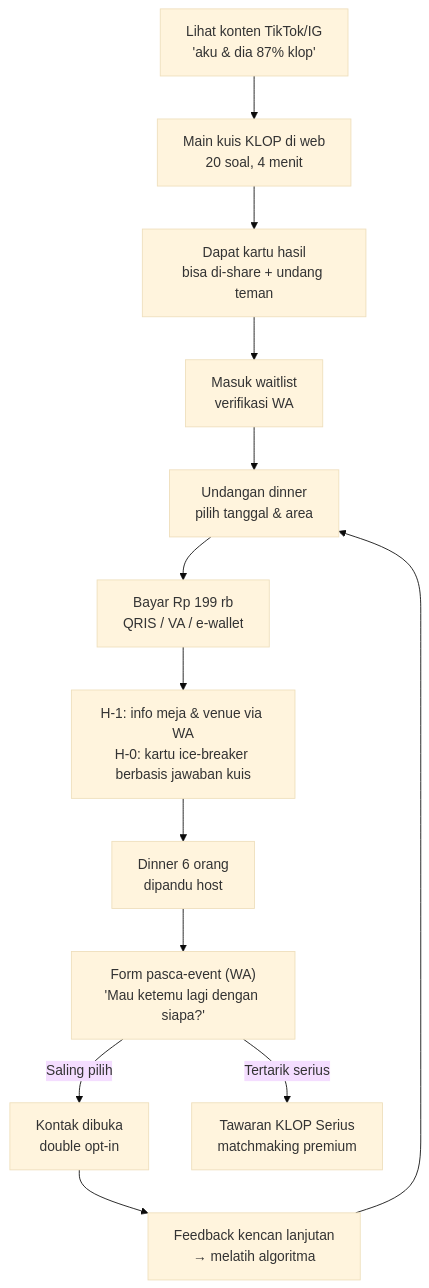
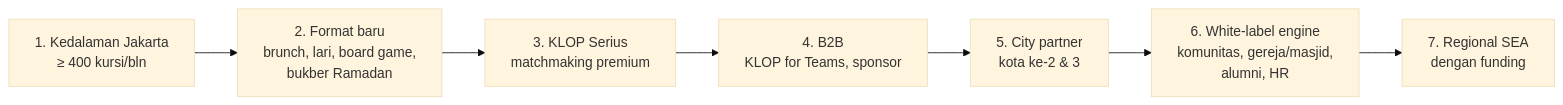
Before and after one commit to Sky8701/Dating-Apps-Plan: the second of 2 diagrams in PIVOT_PLAN.md, drawn with Mermaid (base theme). The commit also changed other lines of this file and 2 other files, not shown here.

First line of the commit message:
Revise KLOP blueprint to v2 (lean-first)

````diff
--- a/PIVOT_PLAN.md
+++ b/PIVOT_PLAN.md
@@ -94,15 +295,9 @@
 ```mermaid
-flowchart TD
-    A[Lihat konten TikTok/IG<br/>'aku & dia 87% klop'] --> B[Main kuis KLOP di web<br/>20 soal, 4 menit]
-    B --> C[Dapat kartu hasil<br/>bisa di-share + undang teman]
-    C --> D[Masuk waitlist<br/>verifikasi WA]
-    D --> E[Undangan dinner<br/>pilih tanggal & area]
-    E --> F[Bayar Rp 199 rb<br/>QRIS / VA / e-wallet]
-    F --> G[H-1: info meja & venue via WA<br/>H-0: kartu ice-breaker berbasis jawaban kuis]
-    G --> H[Dinner 6 orang<br/>dipandu host]
-    H --> I["Form pasca-event (WA)<br/>'Mau ketemu lagi dengan siapa?'"]
-    I -->|Saling pilih| J[Kontak dibuka<br/>double opt-in]
-    I -->|Tertarik serius| K[Tawaran KLOP Serius<br/>matchmaking premium]
-    J --> L[Feedback kencan lanjutan<br/>→ melatih algoritma]
-    L --> E
+flowchart LR
+    A["1. Kedalaman Jakarta<br/>≥ 400 kursi/bln"] --> B["2. Format baru<br/>brunch, lari, board game,<br/>bukber Ramadan"]
+    B --> C["3. KLOP Serius<br/>matchmaking premium"]
+    C --> D["4. B2B<br/>KLOP for Teams, sponsor"]
+    D --> E["5. City partner<br/>kota ke-2 & 3"]
+    E --> F["6. White-label engine<br/>komunitas, gereja/masjid,<br/>alumni, HR"]
+    F --> G["7. Regional SEA<br/>dengan funding"]
 ```
````
